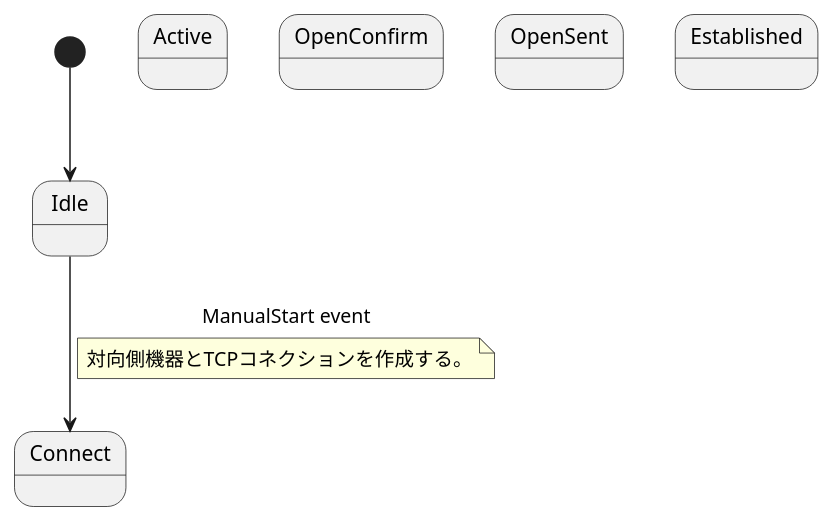
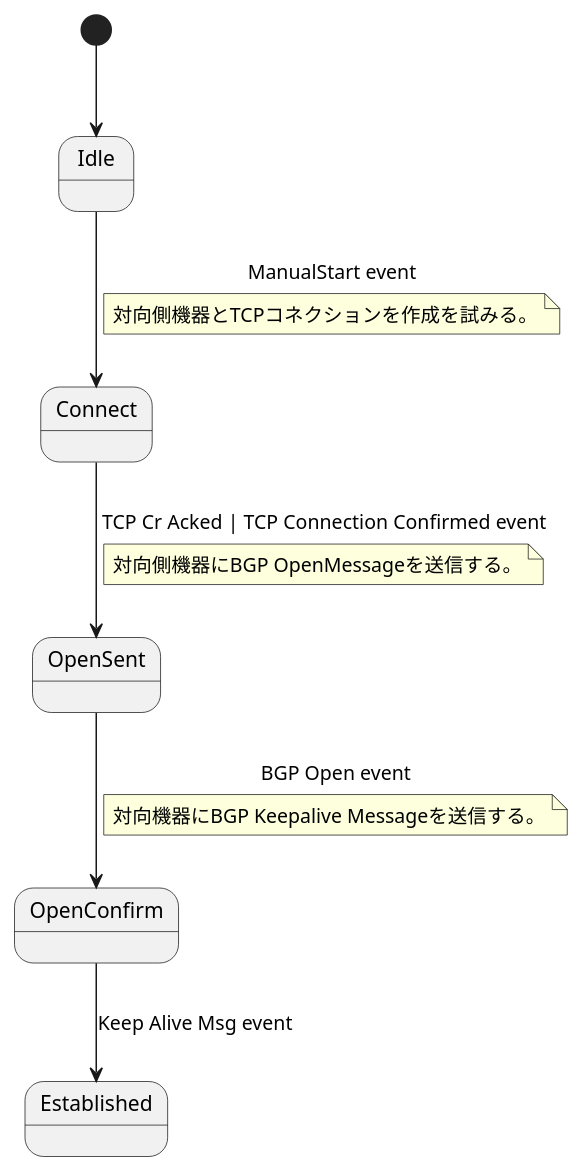
The third of 4 diagrams in howtocreatebgpd.adoc (Miyoshi-Ryota/how-to-create-bgp), drawn with PlantUML before and after one commit. The commit also changed other lines of this file, not shown here.

```diff
--- a/howtocreatebgpd.adoc
+++ b/howtocreatebgpd.adoc
@@ -305,19 +312,27 @@
 [plantuml,title="第一段階で実装するステートマシン"]
 ----
 @startuml
 
 state Idle
 state Connect
-state Active
 state OpenConfirm
 state OpenSent
 state Established
 
 [*] --> Idle
 Idle --> Connect : ManualStart event
 note on link
-   対向側機器とTCPコネクションを作成する。
+   対向側機器とTCPコネクションを作成を試みる。
 end note
+Connect --> OpenSent : TCP Cr Acked | TCP Connection Confirmed event
+note on link
+   対向側機器にBGP OpenMessageを送信する。
+end note
+OpenSent --> OpenConfirm : BGP Open event
+note on link
+    対向機器にBGP Keepalive Messageを送信する。
+end note
+OpenConfirm --> Established : Keep Alive Msg event
 
 @enduml
 ----
```
